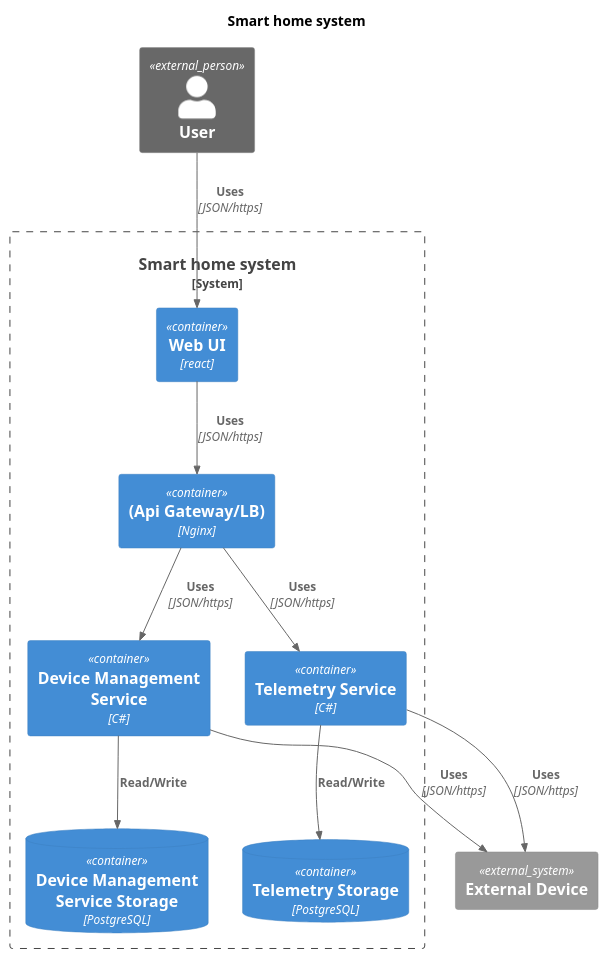
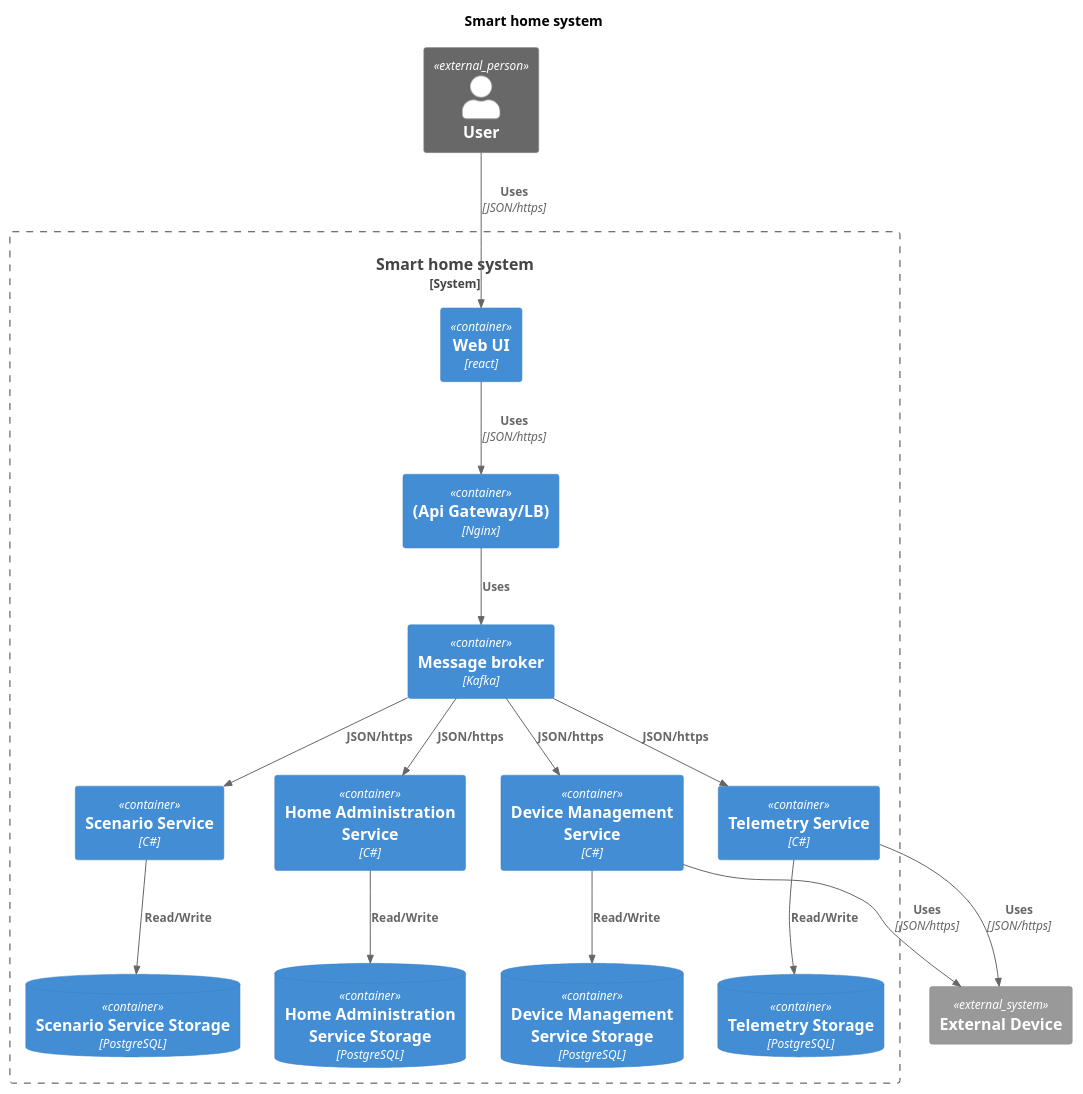
The diagram in diagrams/container/SmartHome_Container.puml (VisTzz/architecture-sprint-3), drawn with PlantUML before and after one commit. The commit also changed 1 other file, not shown here.

```diff
--- a/diagrams/container/SmartHome_Container.puml
+++ b/diagrams/container/SmartHome_Container.puml
@@ -1,30 +1,42 @@
 @startuml
 !include <c4/C4_Container.puml>
 
 title Smart home system
 
 Person_Ext(customer, User, "")
 System_Ext(api_access, "External Device", "")
 
 System_Boundary(sms, "Smart home system") {
     Container(frontend, "Web UI", react)
     Container(api_gateway, "(Api Gateway/LB)", Nginx)
+    Container(message_broker, "Message broker", Kafka)
     Container(device_management_service, "Device Management Service", C#, "")
-    Container(telemetry_service, "Telemetry Service", C#, "")    
+    Container(telemetry_service, "Telemetry Service", C#, "")
+    Container(scenario_service, "Scenario Service", C#, "")
+    Container(home_admin_service, "Home Administration Service", C#, "")
+    ContainerDb(db_home_admin, "Home Administration Service Storage", "PostgreSQL", "")
+    ContainerDb(db_scenario, "Scenario Service Storage", "PostgreSQL", "")
     ContainerDb(db_dms, "Device Management Service Storage", "PostgreSQL", "")
     ContainerDb(db_telemetry, "Telemetry Storage", "PostgreSQL", "")
 }
 
 Rel(customer, frontend, "Uses", "JSON/https")
 Rel(frontend, api_gateway, "Uses", "JSON/https")
 
-Rel(api_gateway, device_management_service, "Uses", "JSON/https")
-Rel(api_gateway, telemetry_service, "Uses", "JSON/https")
+Rel(api_gateway, message_broker, "Uses", "")
 
+Rel(message_broker, device_management_service, "JSON/https")
+Rel(message_broker, telemetry_service, "JSON/https")
+Rel(message_broker, scenario_service, "JSON/https")
+Rel(message_broker, home_admin_service, "JSON/https")
+
+
+Rel(home_admin_service, db_home_admin, "Read/Write")
 
 Rel(device_management_service, db_dms, "Read/Write")
 Rel(telemetry_service, db_telemetry, "Read/Write")
+Rel(scenario_service, db_scenario, "Read/Write")
 
 Rel(device_management_service, api_access, "Uses", "JSON/https")
 Rel(telemetry_service, api_access, "Uses", "JSON/https")
 @enduml
```
